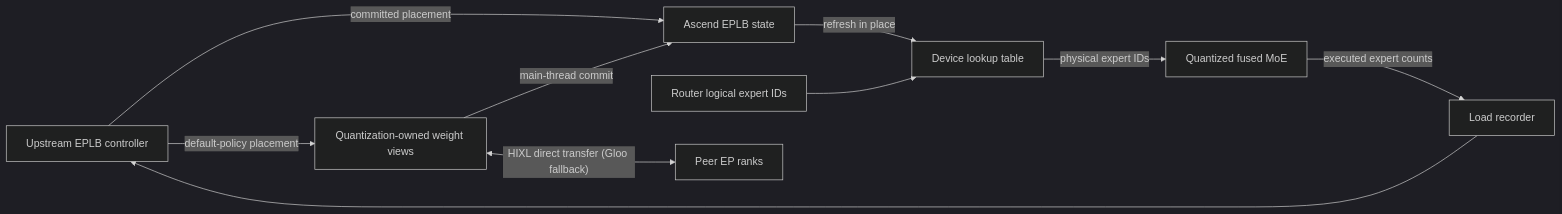
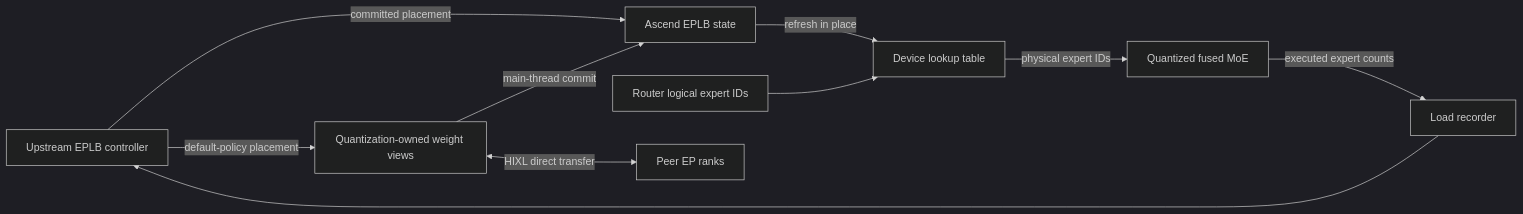
The diagram in docs/source/developer_guide/Design_Documents/model_runner_v2_eplb.md (vllm-project/vllm-ascend), drawn with Mermaid (dark theme) before and after one commit. The commit also changed other lines of this file and 16 other files, not shown here.

````diff
--- a/docs/source/developer_guide/Design_Documents/model_runner_v2_eplb.md
+++ b/docs/source/developer_guide/Design_Documents/model_runner_v2_eplb.md
@@ -32,12 +32,12 @@
 ```mermaid
 flowchart LR
     A["Upstream EPLB controller"] -->|"committed placement"| B["Ascend EPLB state"]
     B -->|"refresh in place"| C["Device lookup table"]
     D["Router logical expert IDs"] --> C
     C -->|"physical expert IDs"| E["Quantized fused MoE"]
     E -->|"executed expert counts"| F["Load recorder"]
     F --> A
     A -->|"default-policy placement"| G["Quantization-owned weight views"]
-    G <-->|"HIXL direct transfer (Gloo fallback)"| H["Peer EP ranks"]
+    G <-->|"HIXL direct transfer"| H["Peer EP ranks"]
     G -->|"main-thread commit"| B
 ```
````
